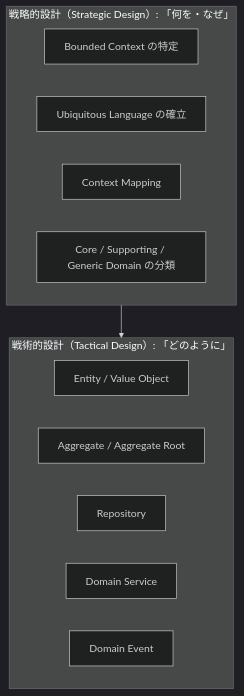
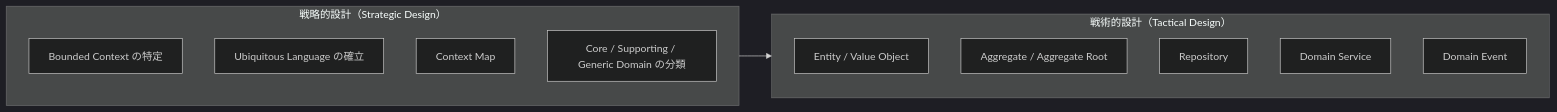
Before and after one commit to narumikr/article-agent-studio: the second of 3 diagrams in docs/outputs/domain-driven-design.md, drawn with Mermaid (dark theme). The commit also changed other lines of this file, not shown here.

Commit message:
edit graph

````diff
--- a/docs/outputs/domain-driven-design.md
+++ b/docs/outputs/domain-driven-design.md
@@ -333,19 +334,21 @@
 ```mermaid
-graph TB
-    subgraph 戦略的設計["戦略的設計（Strategic Design）: 「何を・なぜ」"]
-        SD1[Bounded Context の特定]
-        SD2[Ubiquitous Language の確立]
-        SD3[Context Mapping]
-        SD4[Core / Supporting / Generic Domain の分類]
+graph LR
+  subgraph SD["戦略的設計（Strategic Design）"]
+    direction TB
+    SD1[Bounded Context の特定]
+    SD2[Ubiquitous Language の確立]
+    SD3[Context Map]
+    SD4[Core / Supporting / Generic Domain の分類]
     end
 
-    subgraph 戦術的設計["戦術的設計（Tactical Design）: 「どのように」"]
+  subgraph TD["戦術的設計（Tactical Design）"]
+    direction TB
         TD1[Entity / Value Object]
         TD2[Aggregate / Aggregate Root]
         TD3[Repository]
         TD4[Domain Service]
         TD5[Domain Event]
     end
 
-    戦略的設計 --> 戦術的設計
+  SD --> TD
 ```
````
